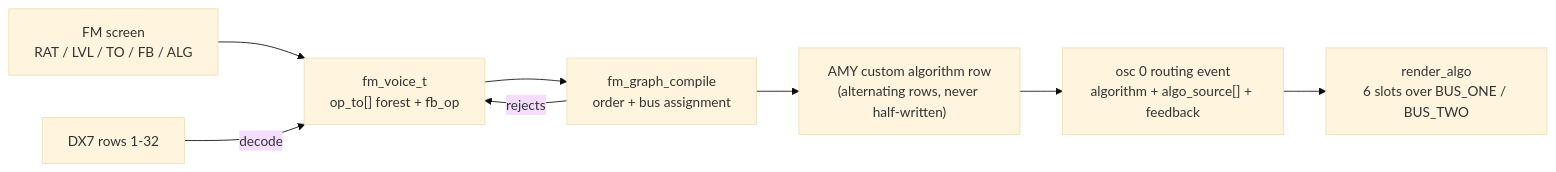
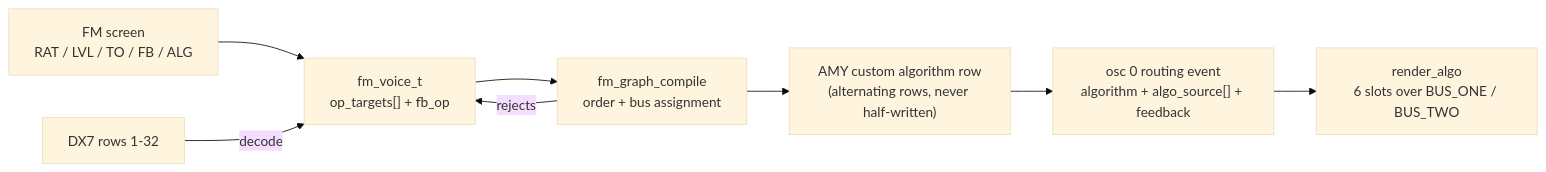
The third of 3 diagrams in README.md (rt-rtos/S3-Amysynth), drawn with Mermaid (base theme) before and after one commit. The commit also changed other lines of this file and 27 other files, not shown here.

````diff
--- a/README.md
+++ b/README.md
@@ -1052,10 +1070,10 @@
 ```mermaid
 flowchart LR
-    UI["FM screen<br/>RAT / LVL / TO / FB / ALG"] --> Voice["fm_voice_t<br/>op_to[] forest + fb_op"]
+    UI["FM screen<br/>RAT / LVL / TO / FB / ALG"] --> Voice["fm_voice_t<br/>op_targets[] + fb_op"]
     Voice --> Compile["fm_graph_compile<br/>order + bus assignment"]
     Compile -- "rejects" --> Voice
     Compile --> Row["AMY custom algorithm row<br/>(alternating rows, never half-written)"]
     Row --> Event["osc 0 routing event<br/>algorithm + algo_source[] + feedback"]
     Event --> Render["render_algo<br/>6 slots over BUS_ONE / BUS_TWO"]
     Table["DX7 rows 1-32"] -- "decode" --> Voice
 ```
````
